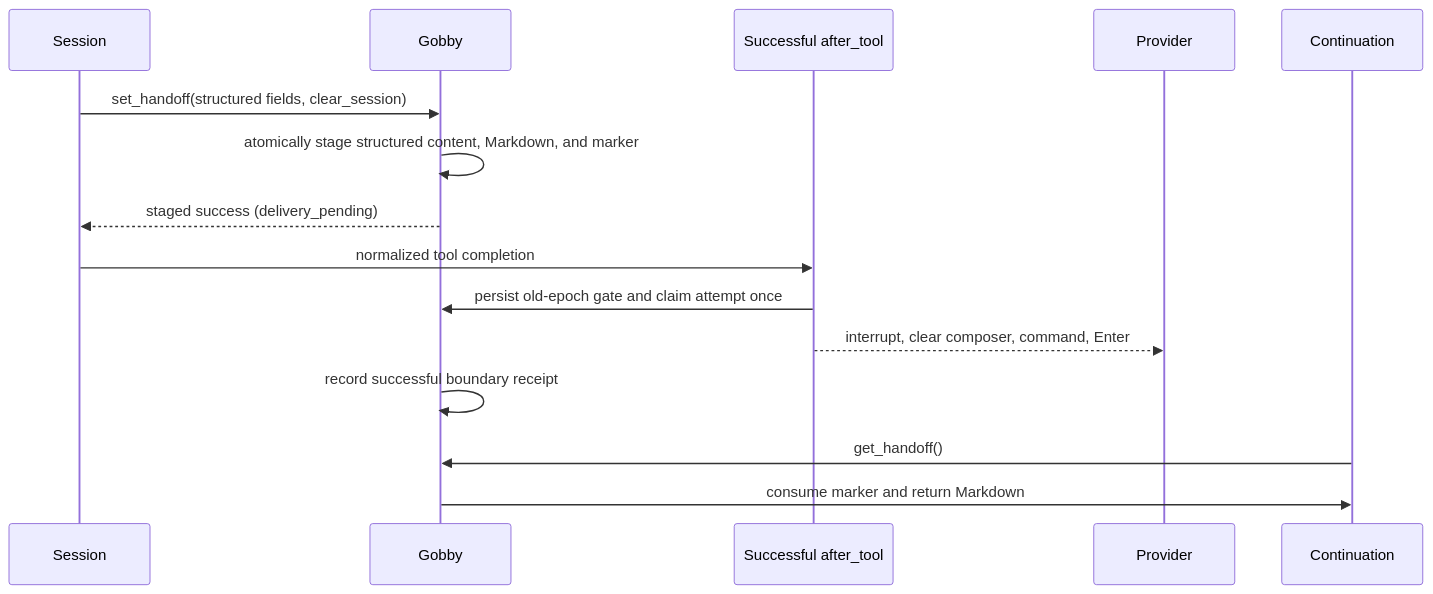
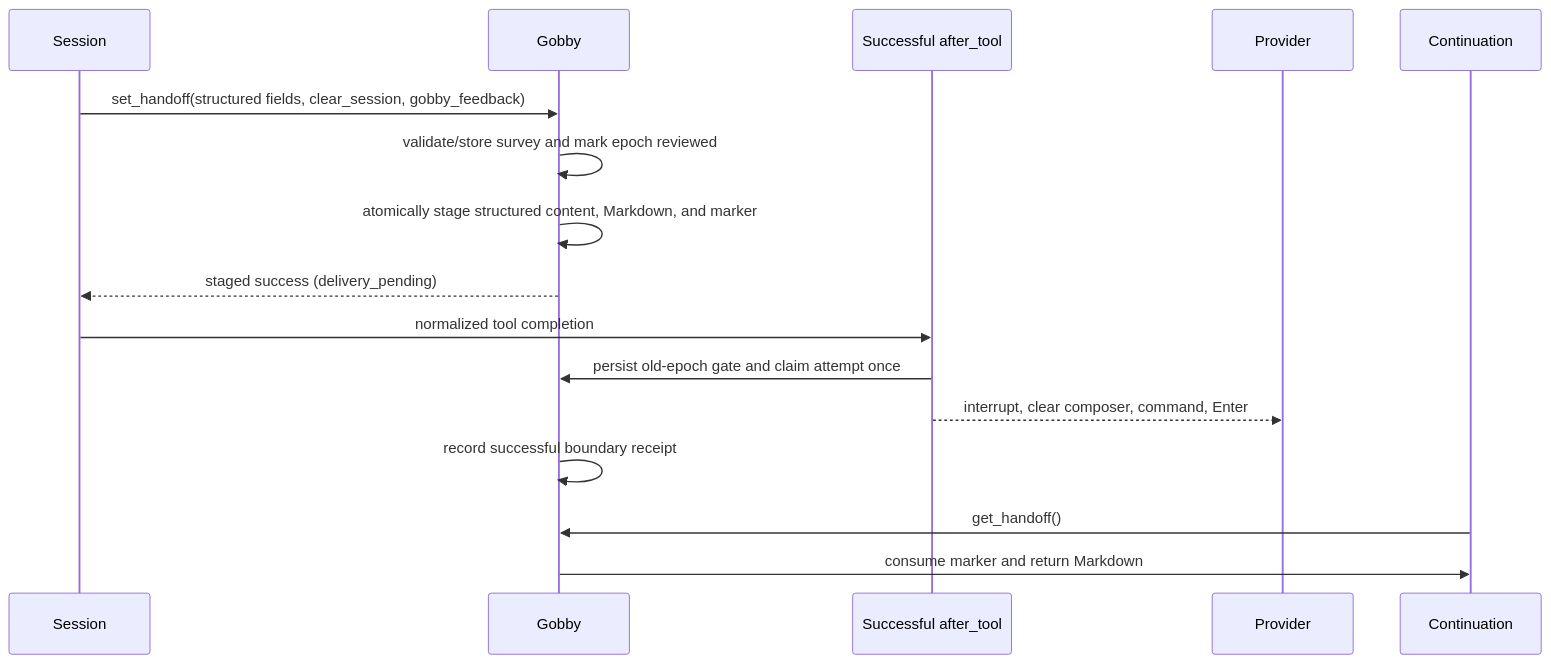
The second of 2 diagrams in docs/guides/sessions.md (GobbyAI/gobby), drawn with Mermaid before and after one commit. The commit also changed other lines of this file and 32 other files, not shown here.

````diff
--- a/docs/guides/sessions.md
+++ b/docs/guides/sessions.md
@@ -362,18 +384,19 @@
 ```mermaid
 sequenceDiagram
     participant Session
     participant Gobby
     participant Hook as Successful after_tool
     participant Provider
     participant Continuation
 
-    Session->>Gobby: set_handoff(structured fields, clear_session)
+    Session->>Gobby: set_handoff(structured fields, clear_session, gobby_feedback)
+    Gobby->>Gobby: validate/store survey and mark epoch reviewed
     Gobby->>Gobby: atomically stage structured content, Markdown, and marker
     Gobby-->>Session: staged success (delivery_pending)
     Session->>Hook: normalized tool completion
     Hook->>Gobby: persist old-epoch gate and claim attempt once
     Hook-->>Provider: interrupt, clear composer, command, Enter
     Gobby->>Gobby: record successful boundary receipt
     Continuation->>Gobby: get_handoff()
     Gobby->>Continuation: consume marker and return Markdown
 ```
````
